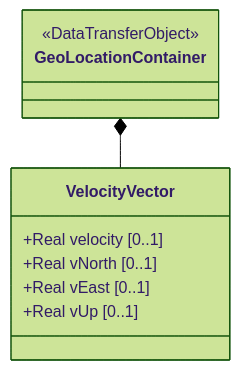
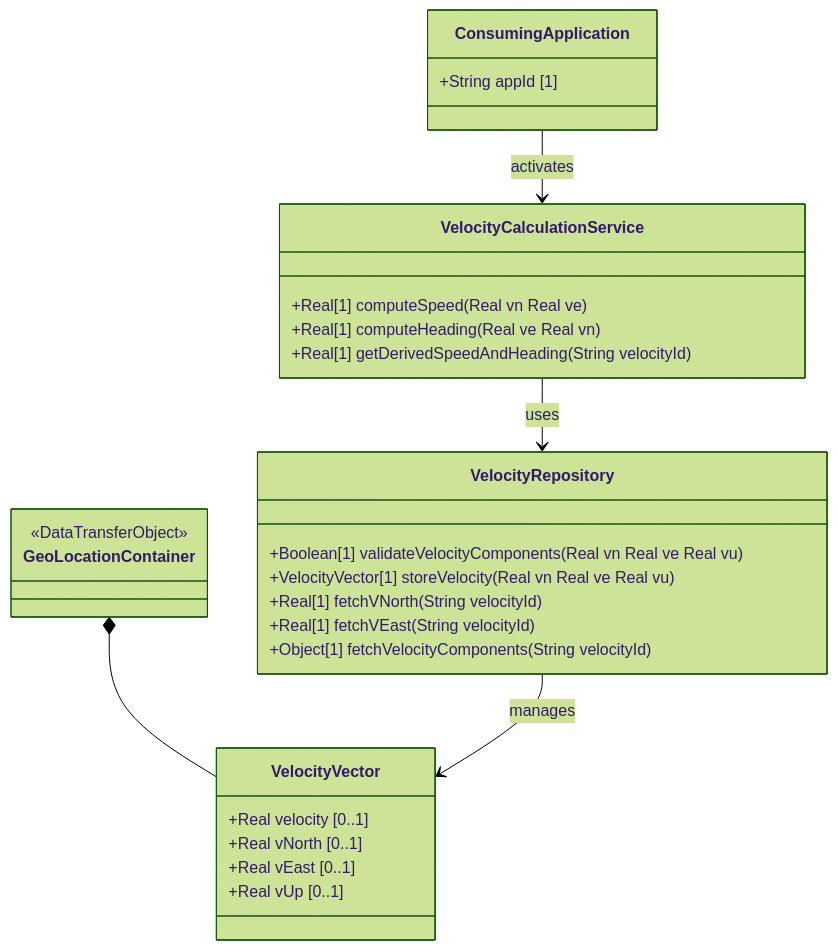
One commit to gintatkinson/3dgs-011 changed the diagram in docs/features/feat-05-velocity-vector-tracking.md. Above: the diagram before and after it, drawn with Mermaid (forest theme). The commit also changed 16 other files, not shown here.

````diff
--- a/docs/features/feat-05-velocity-vector-tracking.md
+++ b/docs/features/feat-05-velocity-vector-tracking.md
@@ -20,13 +20,31 @@
 ```mermaid
 classDiagram
     class VelocityVector {
         +Real velocity [0..1]
         +Real vNorth [0..1]
         +Real vEast [0..1]
         +Real vUp [0..1]
     }
     class GeoLocationContainer {
         <<DataTransferObject>>
     }
     GeoLocationContainer *-- VelocityVector
+    class VelocityRepository {
+        +Boolean[1] validateVelocityComponents(Real vn Real ve Real vu)
+        +VelocityVector[1] storeVelocity(Real vn Real ve Real vu)
+        +Real[1] fetchVNorth(String velocityId)
+        +Real[1] fetchVEast(String velocityId)
+        +Object[1] fetchVelocityComponents(String velocityId)
+    }
+    class VelocityCalculationService {
+        +Real[1] computeSpeed(Real vn Real ve)
+        +Real[1] computeHeading(Real ve Real vn)
+        +Real[1] getDerivedSpeedAndHeading(String velocityId)
+    }
+    class ConsumingApplication {
+        +String appId [1]
+    }
+    VelocityRepository --> VelocityVector : manages
+    VelocityCalculationService --> VelocityRepository : uses
+    ConsumingApplication --> VelocityCalculationService : activates
 ```
````
